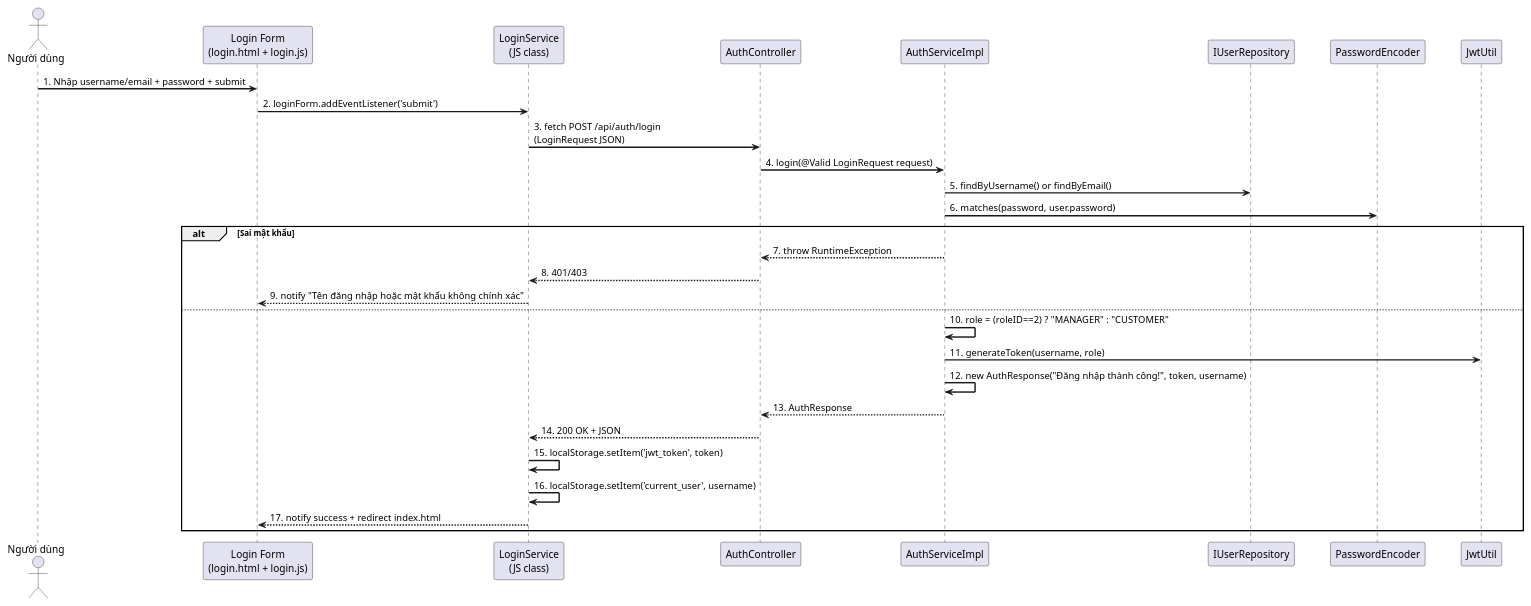
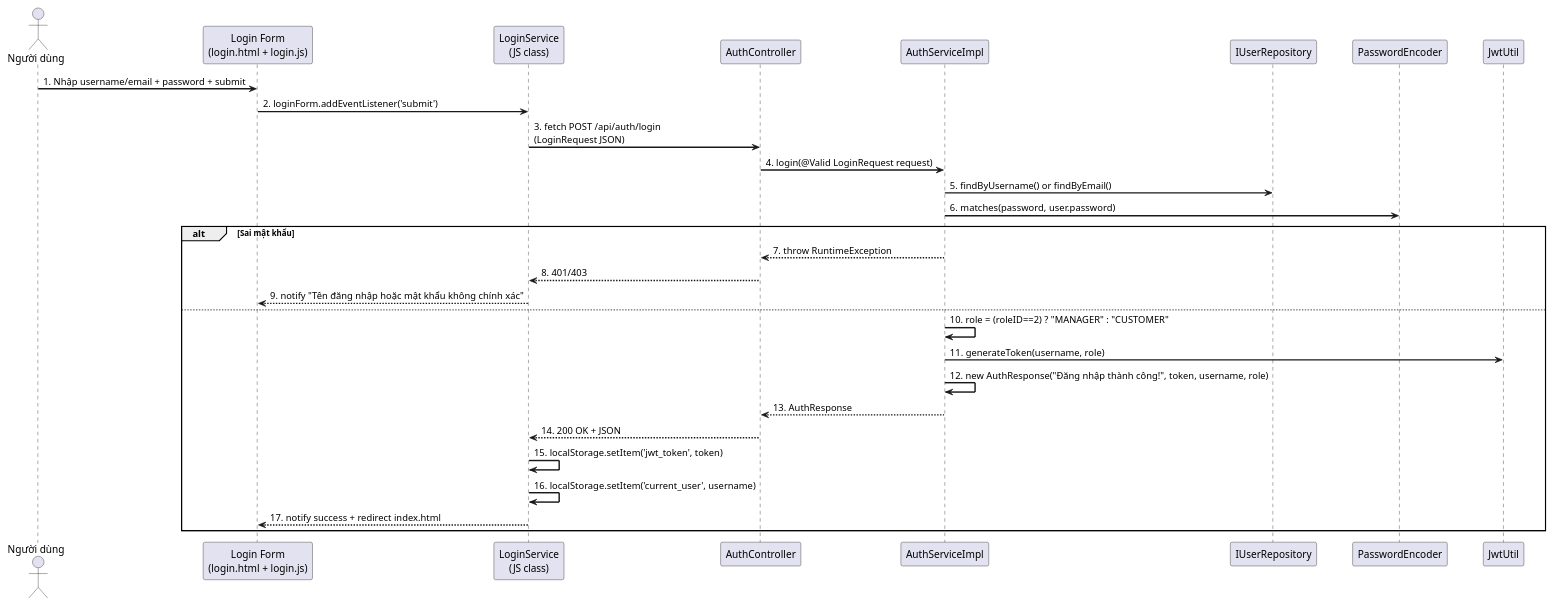
Before and after one commit to Khoa18062005/Project_CuoiKy_OOSE_FIT_HCMUTE: the diagram in src/main/java/org/example/project_cuoiky_congnghephanmem_oose/uml/sequence_uc3.puml, drawn with PlantUML. The commit also changed 7 other files, not shown here.

```diff
--- a/src/main/java/org/example/project_cuoiky_congnghephanmem_oose/uml/sequence_uc3.puml
+++ b/src/main/java/org/example/project_cuoiky_congnghephanmem_oose/uml/sequence_uc3.puml
@@ -1,34 +1,34 @@
 @startuml
 skinparam sequenceArrowThickness 2
 skinparam ParticipantPadding 20
 
 actor "Người dùng" as User
 participant "Login Form\n(login.html + login.js)" as Frontend
 participant "LoginService\n(JS class)" as JSService
 participant "AuthController" as Controller
 participant "AuthServiceImpl" as Service
 participant "IUserRepository" as UserRepo
 participant "PasswordEncoder" as Encoder
 participant "JwtUtil" as Jwt
 
 User -> Frontend: 1. Nhập username/email + password + submit
 Frontend -> JSService: 2. loginForm.addEventListener('submit')
 JSService -> Controller: 3. fetch POST /api/auth/login\n(LoginRequest JSON)
 Controller -> Service: 4. login(@Valid LoginRequest request)
 Service -> UserRepo: 5. findByUsername() or findByEmail()
 Service -> Encoder: 6. matches(password, user.password)
 alt Sai mật khẩu
     Service --> Controller: 7. throw RuntimeException
     Controller --> JSService: 8. 401/403
     JSService --> Frontend: 9. notify "Tên đăng nhập hoặc mật khẩu không chính xác"
 else
     Service -> Service: 10. role = (roleID==2) ? "MANAGER" : "CUSTOMER"
     Service -> Jwt: 11. generateToken(username, role)
-    Service -> Service: 12. new AuthResponse("Đăng nhập thành công!", token, username)
+    Service -> Service: 12. new AuthResponse("Đăng nhập thành công!", token, username, role)
     Service --> Controller: 13. AuthResponse
     Controller --> JSService: 14. 200 OK + JSON
     JSService -> JSService: 15. localStorage.setItem('jwt_token', token)
     JSService -> JSService: 16. localStorage.setItem('current_user', username)
     JSService --> Frontend: 17. notify success + redirect index.html
 end
 @enduml
```
